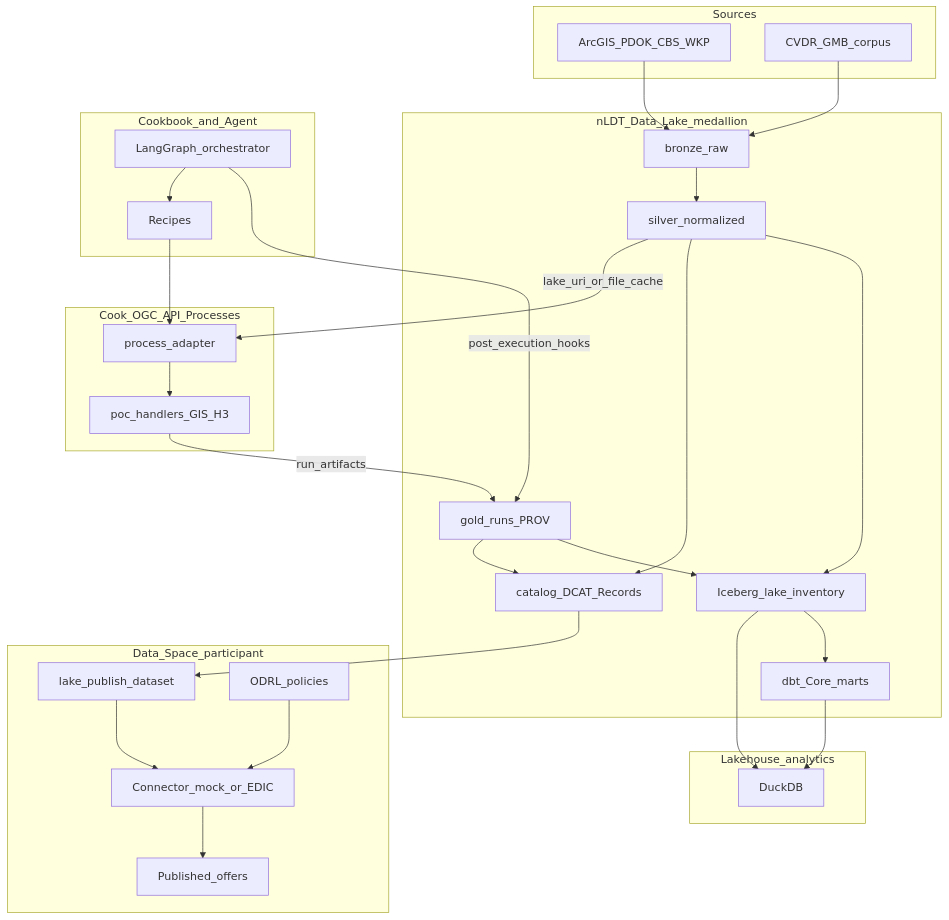
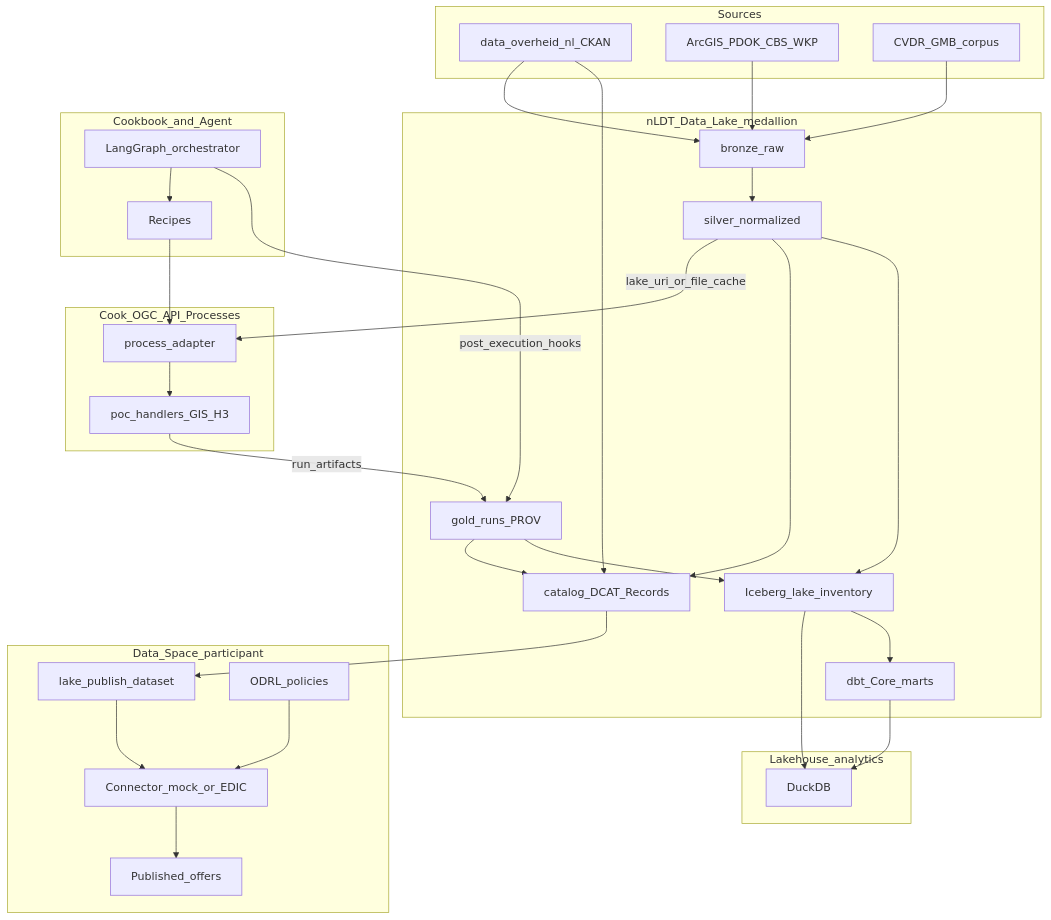
The diagram in nldt/diagrams/data-lake-space.mmd (EuropAI-EDICs/solution2), drawn with Mermaid before and after one commit. The commit also changed 26 other files, not shown here.

First line of the commit message:
Add DONL harvest pipeline for data.overheid.nl into nLDT data lake.

```diff
--- a/nldt/diagrams/data-lake-space.mmd
+++ b/nldt/diagrams/data-lake-space.mmd
@@ -1,51 +1,54 @@
 flowchart TB
   subgraph sources [Sources]
+    DONL[data_overheid_nl_CKAN]
     ArcGIS[ArcGIS_PDOK_CBS_WKP]
     Legal[CVDR_GMB_corpus]
   end
   subgraph lake [nLDT_Data_Lake_medallion]
     Bronze[bronze_raw]
     Silver[silver_normalized]
     Gold[gold_runs_PROV]
     Cat[catalog_DCAT_Records]
     Ice[Iceberg_lake_inventory]
     Dbt[dbt_Core_marts]
   end
   subgraph cook [Cook_OGC_API_Processes]
     Proc[process_adapter]
     Handlers[poc_handlers_GIS_H3]
   end
   subgraph orch [Cookbook_and_Agent]
     Recipes[Recipes]
     Orch[LangGraph_orchestrator]
   end
   subgraph query [Lakehouse_analytics]
     Duck[DuckDB]
   end
   subgraph space [Data_Space_participant]
     PubProc[lake_publish_dataset]
     Conn[Connector_mock_or_EDIC]
     Pol[ODRL_policies]
     Pub[Published_offers]
   end
 
+  DONL --> Bronze
+  DONL --> Cat
   ArcGIS --> Bronze
   Legal --> Bronze
   Bronze --> Silver
   Silver -->|lake_uri_or_file_cache| Proc
   Proc --> Handlers
   Handlers -->|run_artifacts| Gold
   Recipes --> Proc
   Orch --> Recipes
   Orch -->|post_execution_hooks| Gold
   Gold --> Cat
   Silver --> Cat
   Cat --> PubProc
   PubProc --> Conn
   Pol --> Conn
   Conn --> Pub
   Silver --> Ice
   Gold --> Ice
   Ice --> Duck
   Ice --> Dbt
   Dbt --> Duck
```
